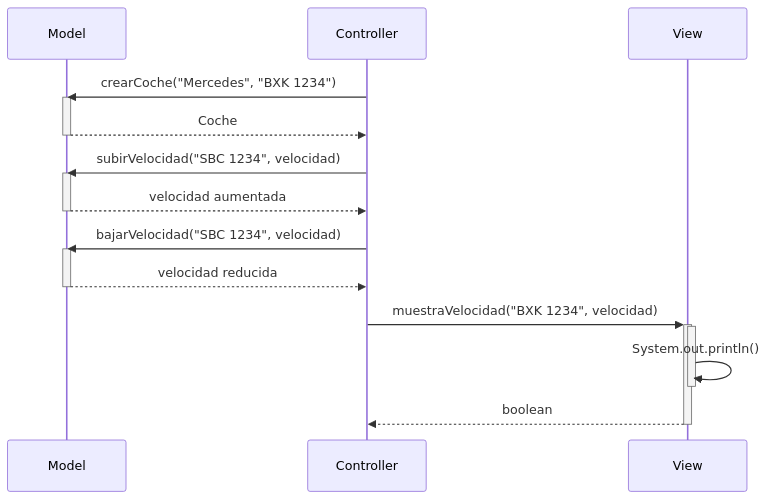
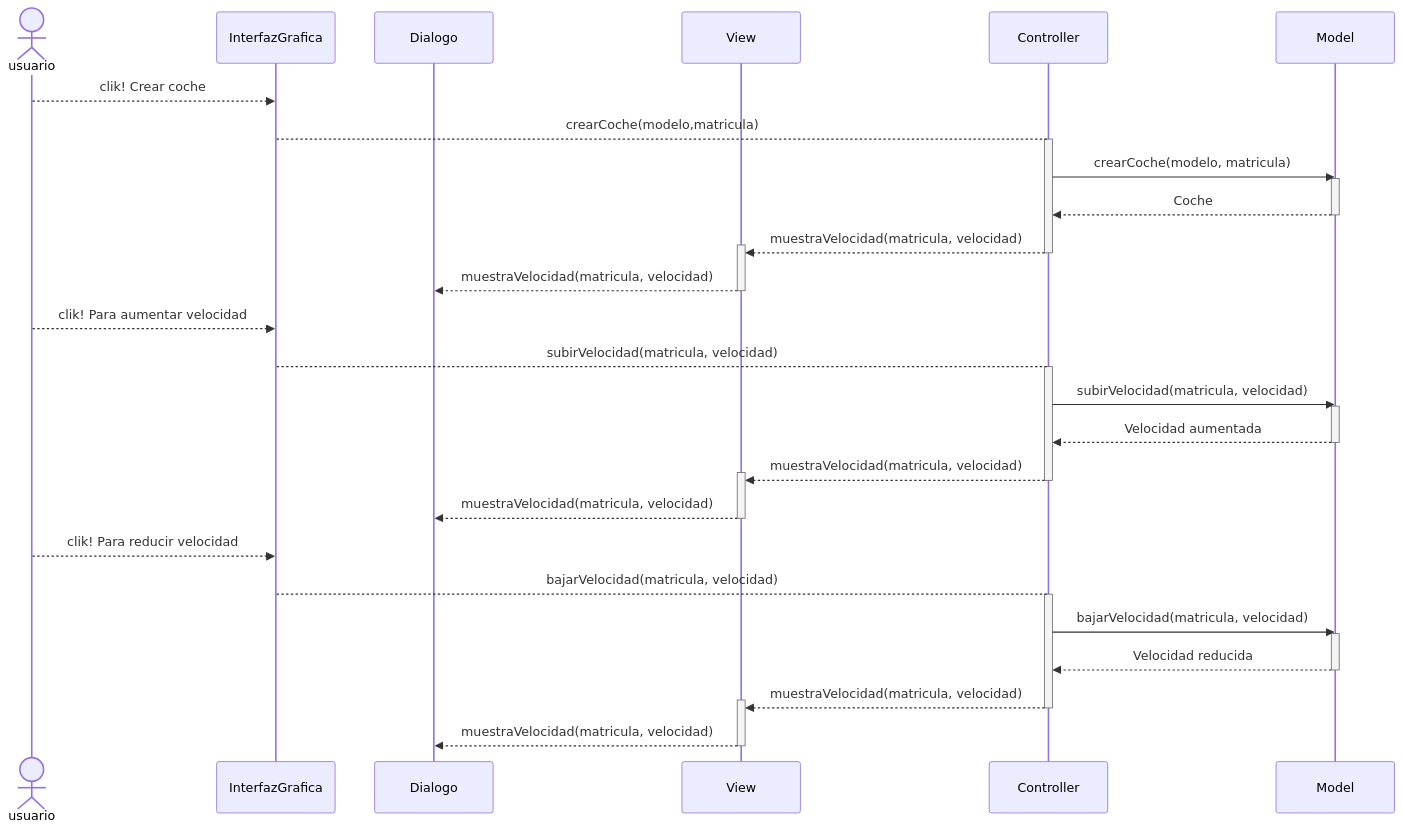
The third of 3 diagrams in Readme.md (damiancastelao/MVC_coches_solucion), drawn with Mermaid before and after one commit. The commit also changed other lines of this file, not shown here.

````diff
--- a/Readme.md
+++ b/Readme.md
@@ -59,23 +101,44 @@
 ```mermaid
 sequenceDiagram
+    actor usuario
+    
+        participant InterfazGrafica
+        participant Dialogo
+        participant View
+    
+    participant Controller
     participant Model
-    participant Controller
-    participant View
-    Controller->>Model: crearCoche("Mercedes", "BXK 1234")
+    
+    usuario-->>InterfazGrafica: clik! Crear coche
+    InterfazGrafica-->Controller: crearCoche(modelo,matricula)
+    activate Controller
+    Controller->>Model: crearCoche(modelo, matricula)
     activate Model
     Model-->>Controller: Coche
     deactivate Model
-    Controller->>Model: subirVelocidad("SBC 1234", velocidad)
+    Controller-->>+View: muestraVelocidad(matricula, velocidad)
+    deactivate Controller
+    View-->>-Dialogo: muestraVelocidad(matricula, velocidad)
+    
+    usuario-->>InterfazGrafica: clik! Para aumentar velocidad
+    InterfazGrafica-->Controller: subirVelocidad(matricula, velocidad)
+    activate Controller
+    Controller->>Model: subirVelocidad(matricula, velocidad)
     activate Model
-    Model-->>Controller: velocidad aumentada
+    Model-->>Controller: Velocidad aumentada
     deactivate Model
-    Controller->>Model: bajarVelocidad("SBC 1234", velocidad)
+    Controller-->>+View: muestraVelocidad(matricula, velocidad)
+    deactivate Controller
+    View-->>-Dialogo: muestraVelocidad(matricula, velocidad)
+    
+    usuario-->>InterfazGrafica: clik! Para reducir velocidad
+    InterfazGrafica-->Controller: bajarVelocidad(matricula, velocidad)
+    activate Controller
+    Controller->>Model: bajarVelocidad(matricula, velocidad)
     activate Model
-    Model-->>Controller: velocidad reducida
+    Model-->>Controller: Velocidad reducida
     deactivate Model
-    Controller->>+View: muestraVelocidad("BXK 1234", velocidad)
-    activate View
-    View->>-View: System.out.println()
-    View-->>Controller: boolean
-    deactivate View
+    Controller-->>+View: muestraVelocidad(matricula, velocidad)
+    deactivate Controller
+    View-->>-Dialogo: muestraVelocidad(matricula, velocidad)
 ```
````
